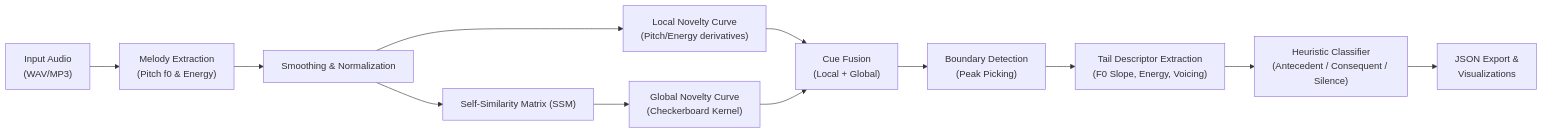
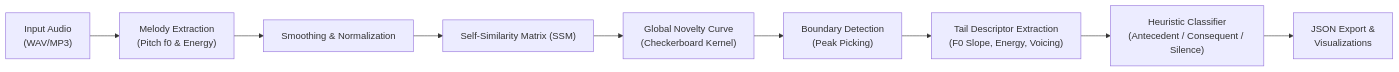
One commit to MarcoBrenis/MC-MSA changed the diagram in README.md. Above: the diagram before and after it, drawn with Mermaid. The commit also changed other lines of this file and 4 other files, not shown here.

Commit message:
Swap segmenters back, update guide and readme flowcharts to reflect pure SSM for thesis and hybrid for beta

````diff
--- a/README.md
+++ b/README.md
@@ -240,14 +240,11 @@
 ```mermaid
 flowchart LR
     A["Input Audio<br/>(WAV/MP3)"] --> B["Melody Extraction<br/>(Pitch f0 & Energy)"]
     B --> C["Smoothing & Normalization"]
-    C --> D["Local Novelty Curve<br/>(Pitch/Energy derivatives)"]
-    C --> E["Self-Similarity Matrix (SSM)"]
-    E --> F["Global Novelty Curve<br/>(Checkerboard Kernel)"]
-    D --> G["Cue Fusion<br/>(Local + Global)"]
-    F --> G
-    G --> H["Boundary Detection<br/>(Peak Picking)"]
-    H --> I["Tail Descriptor Extraction<br/>(F0 Slope, Energy, Voicing)"]
-    I --> J["Heuristic Classifier<br/>(Antecedent / Consequent / Silence)"]
-    J --> K["JSON Export &<br/>Visualizations"]
+    C --> D["Self-Similarity Matrix (SSM)"]
+    D --> E["Global Novelty Curve<br/>(Checkerboard Kernel)"]
+    E --> F["Boundary Detection<br/>(Peak Picking)"]
+    F --> G["Tail Descriptor Extraction<br/>(F0 Slope, Energy, Voicing)"]
+    G --> H["Heuristic Classifier<br/>(Antecedent / Consequent / Silence)"]
+    H --> I["JSON Export &<br/>Visualizations"]
 ```
````
